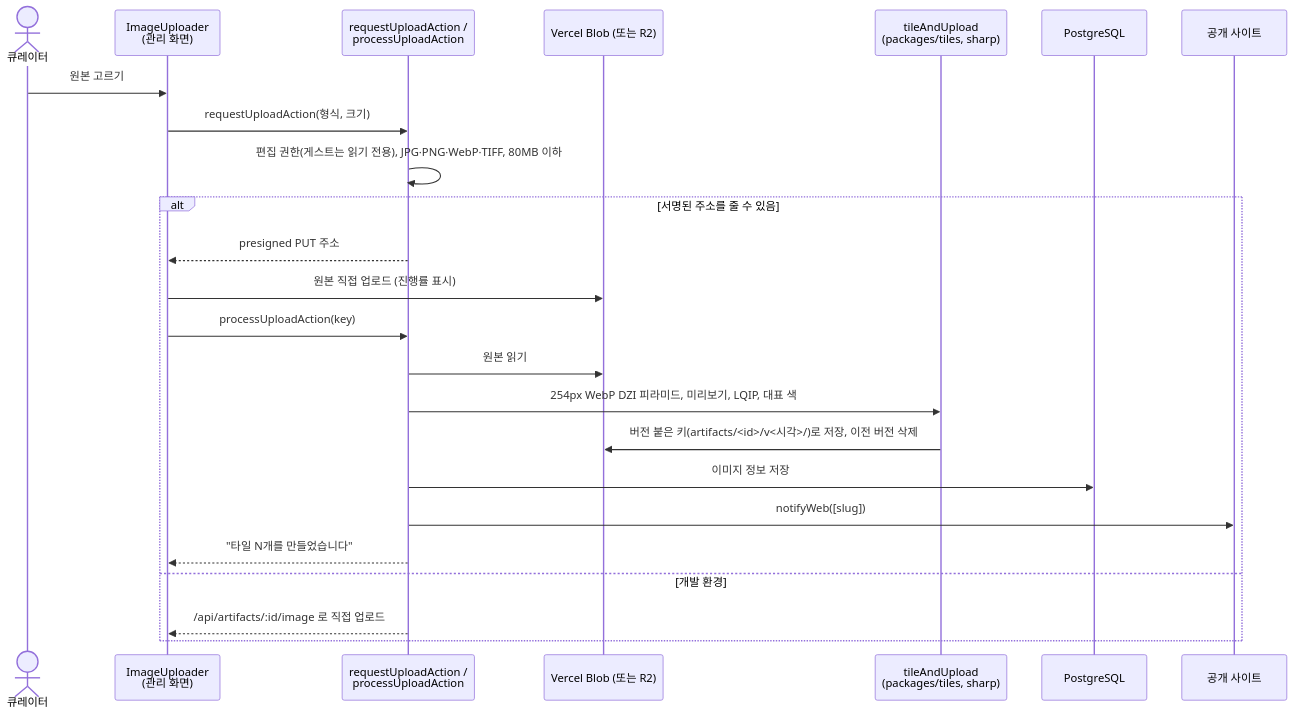
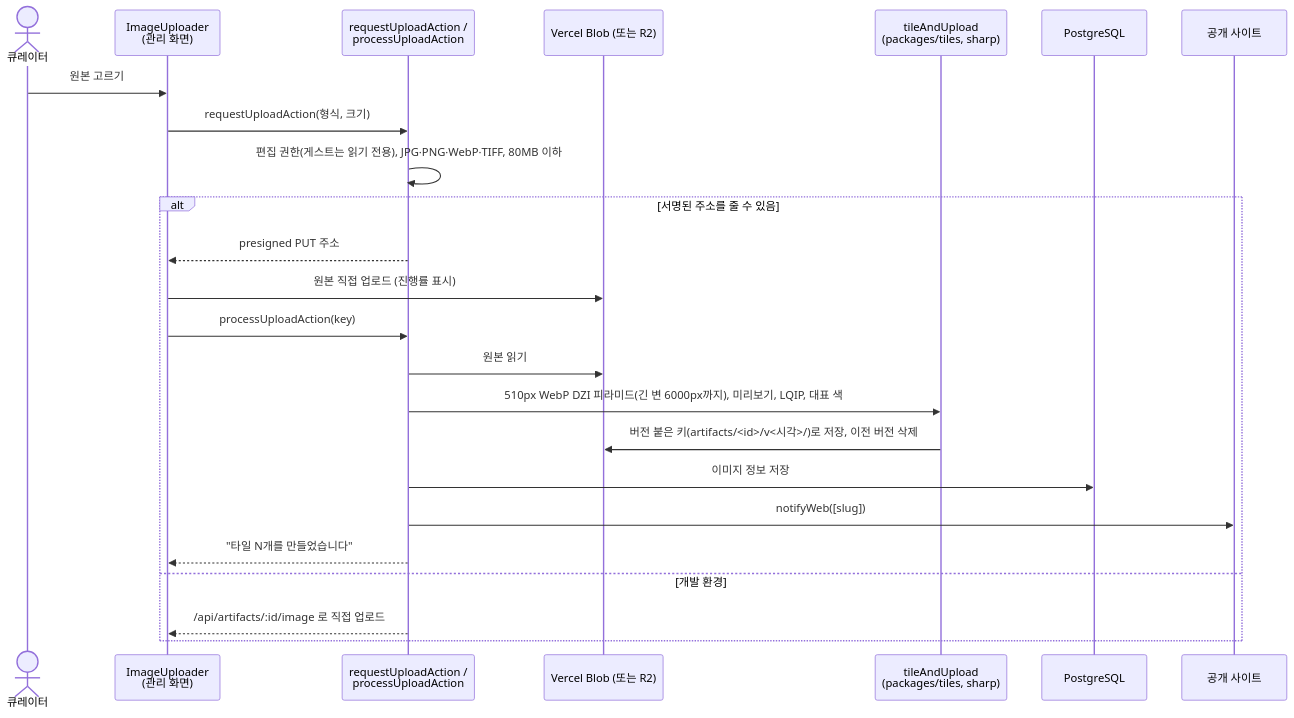
The third of 3 diagrams in docs/sequence-diagrams.md (ryushin01/RIzer-The-Artifact-Archive), drawn with Mermaid before and after one commit. The commit also changed other lines of this file and 1 other file, not shown here.

Commit message:
문서: 이름 표기 Rizer, 업로드 타일 510px로 코드와 맞춤

````diff
--- a/docs/sequence-diagrams.md
+++ b/docs/sequence-diagrams.md
@@ -67,27 +67,27 @@
 ```mermaid
 sequenceDiagram
     actor 큐레이터
     participant 업로더 as ImageUploader<br/>(관리 화면)
     participant 액션 as requestUploadAction /<br/>processUploadAction
     participant 스토리지 as Vercel Blob (또는 R2)
     participant 타일 as tileAndUpload<br/>(packages/tiles, sharp)
     participant DB as PostgreSQL
     participant 웹 as 공개 사이트
 
     큐레이터->>업로더: 원본 고르기
     업로더->>액션: requestUploadAction(형식, 크기)
     액션->>액션: 편집 권한(게스트는 읽기 전용), JPG·PNG·WebP·TIFF, 80MB 이하
     alt 서명된 주소를 줄 수 있음
         액션-->>업로더: presigned PUT 주소
         업로더->>스토리지: 원본 직접 업로드 (진행률 표시)
         업로더->>액션: processUploadAction(key)
         액션->>스토리지: 원본 읽기
-        액션->>타일: 254px WebP DZI 피라미드, 미리보기, LQIP, 대표 색
+        액션->>타일: 510px WebP DZI 피라미드(긴 변 6000px까지), 미리보기, LQIP, 대표 색
         타일->>스토리지: 버전 붙은 키(artifacts/<id>/v<시각>/)로 저장, 이전 버전 삭제
         액션->>DB: 이미지 정보 저장
         액션->>웹: notifyWeb([slug])
         액션-->>업로더: "타일 N개를 만들었습니다"
     else 개발 환경
         액션-->>업로더: /api/artifacts/:id/image 로 직접 업로드
     end
 ```
````
